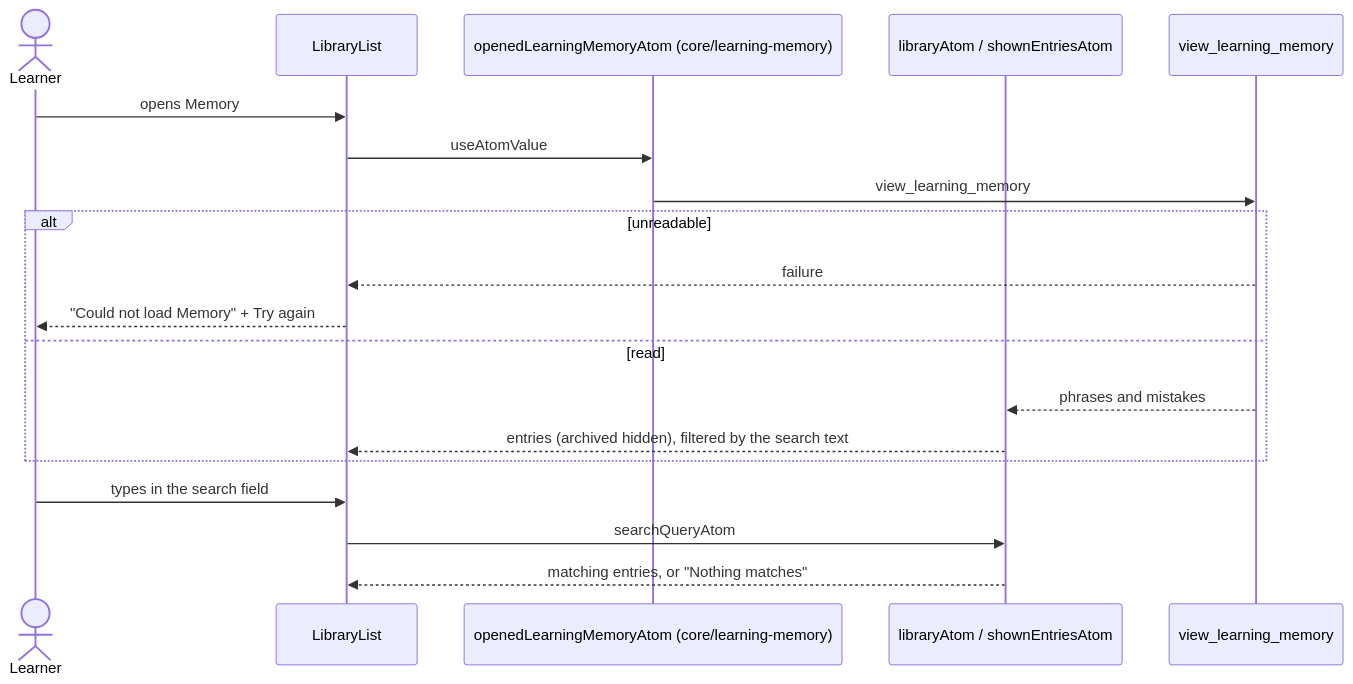
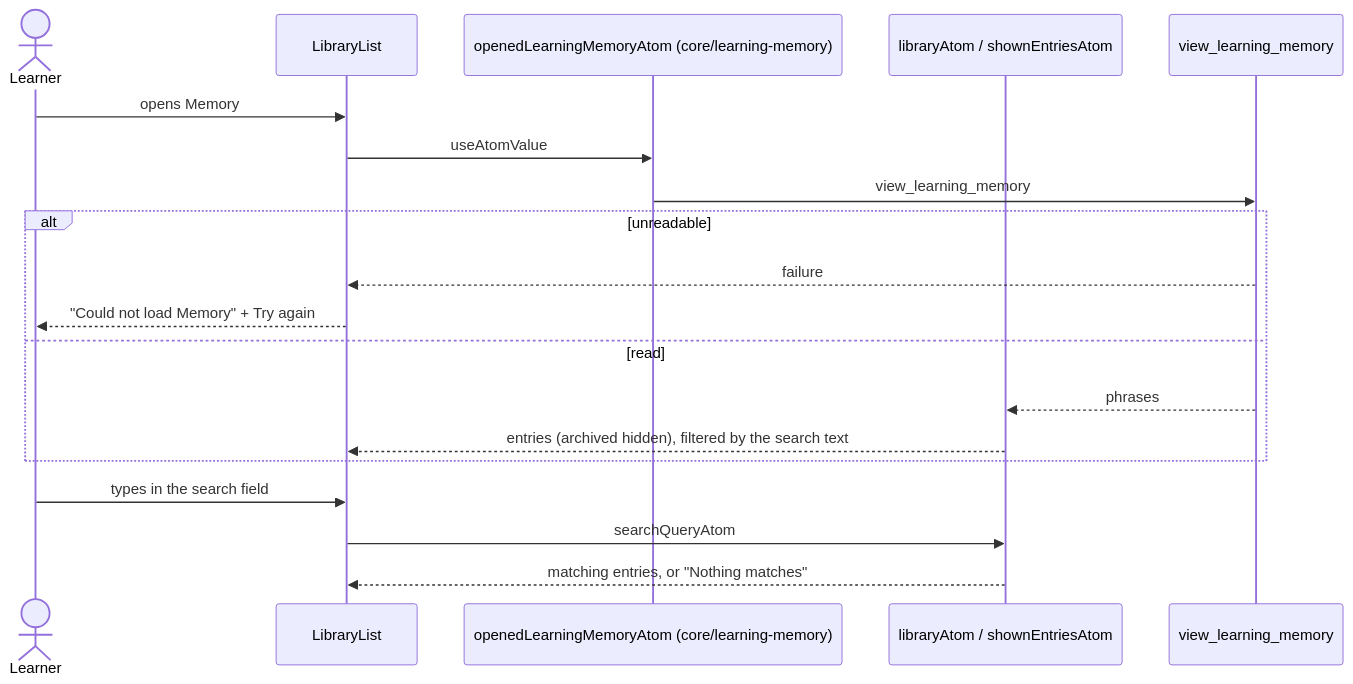
One commit to oleksii-latyshev/english-trainer changed the first of 3 diagrams in src/features/memory-library/flow.md. Above: the diagram before and after it, drawn with Mermaid. The commit also changed other lines of this file and 80 other files, not shown here.

````diff
--- a/src/features/memory-library/flow.md
+++ b/src/features/memory-library/flow.md
@@ -19,22 +19,22 @@
 ```mermaid
 sequenceDiagram
     actor Learner
     participant List as LibraryList
     participant Core as openedLearningMemoryAtom (core/learning-memory)
     participant Atoms as libraryAtom / shownEntriesAtom
     participant Rust as view_learning_memory
 
     Learner->>List: opens Memory
     List->>Core: useAtomValue
     Core->>Rust: view_learning_memory
     alt unreadable
         Rust-->>List: failure
         List-->>Learner: "Could not load Memory" + Try again
     else read
-        Rust-->>Atoms: phrases and mistakes
+        Rust-->>Atoms: phrases
         Atoms-->>List: entries (archived hidden), filtered by the search text
     end
     Learner->>List: types in the search field
     List->>Atoms: searchQueryAtom
     Atoms-->>List: matching entries, or "Nothing matches"
 ```
````
